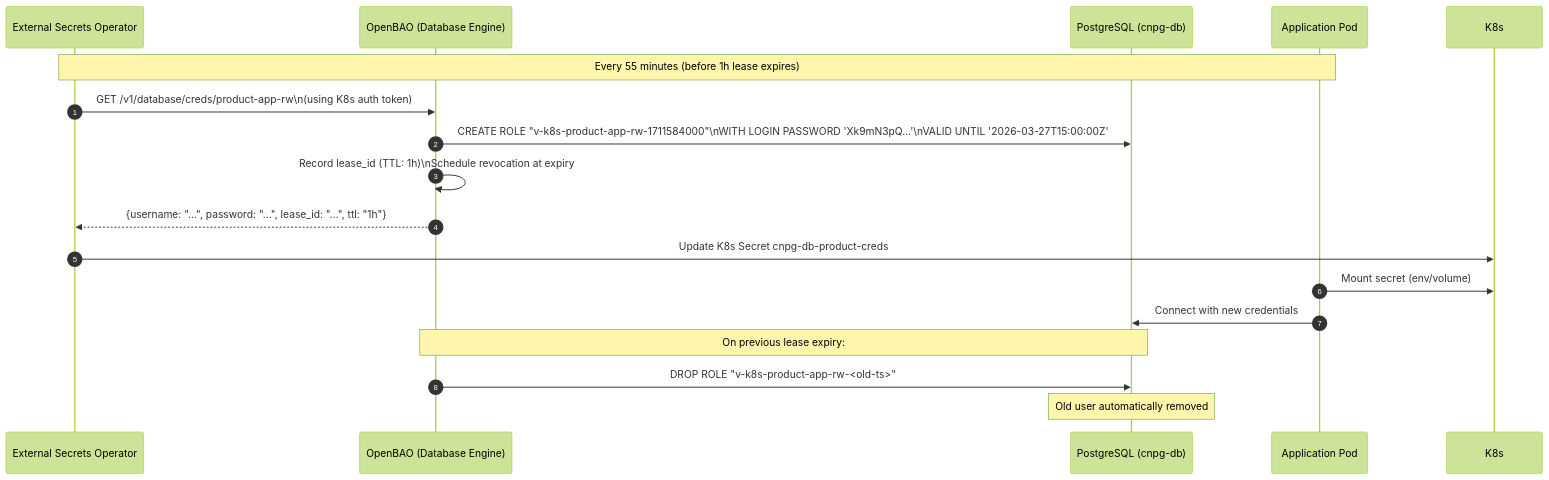
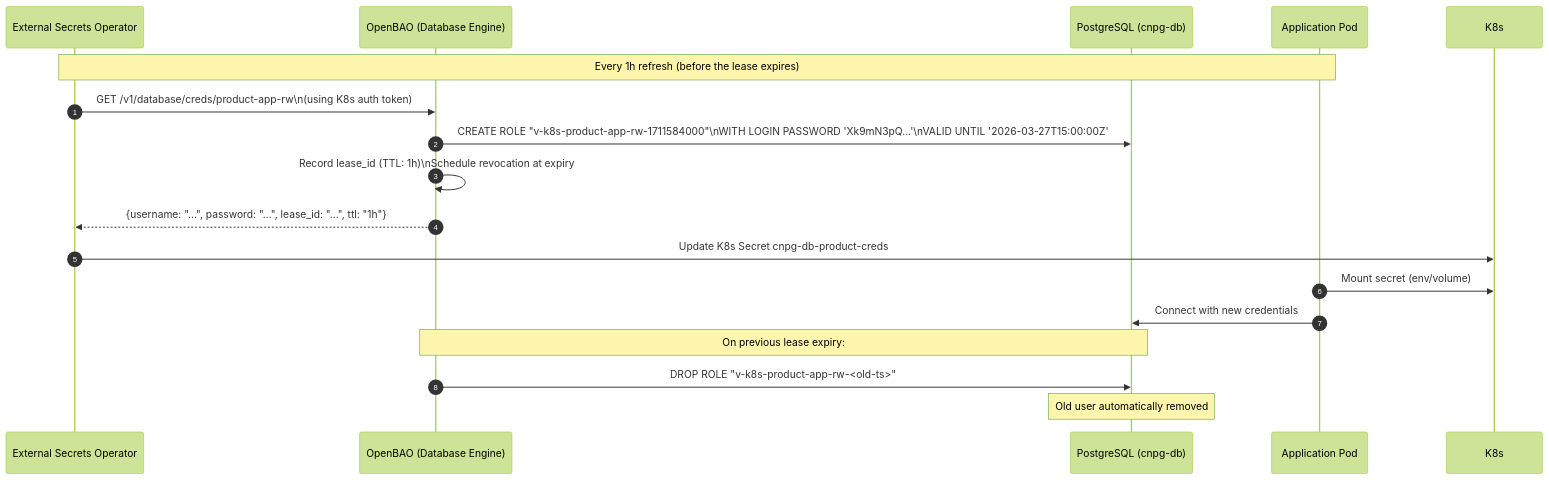
The seventh of 18 diagrams in docs/secrets/README.md (duynhlab/homelab), drawn with Mermaid (forest theme) before and after one commit. The commit also changed other lines of this file and 15 other files, not shown here.

````diff
--- a/docs/secrets/README.md
+++ b/docs/secrets/README.md
@@ -375,22 +375,22 @@
 ```mermaid
 sequenceDiagram
     autonumber
     participant ESO as External Secrets Operator
     participant BAO as OpenBAO (Database Engine)
     participant PG as PostgreSQL (cnpg-db)
     participant App as Application Pod
 
-    note over ESO,App: Every 55 minutes (before 1h lease expires)
+    note over ESO,App: Every 1h refresh (before the lease expires)
 
     ESO->>BAO: GET /v1/database/creds/product-app-rw\n(using K8s auth token)
     BAO->>PG: CREATE ROLE "v-k8s-product-app-rw-1711584000"\nWITH LOGIN PASSWORD 'Xk9mN3pQ...'\nVALID UNTIL '2026-03-27T15:00:00Z'
     BAO->>BAO: Record lease_id (TTL: 1h)\nSchedule revocation at expiry
     BAO-->>ESO: {username: "...", password: "...", lease_id: "...", ttl: "1h"}
     ESO->>K8s: Update K8s Secret cnpg-db-product-creds
     App->>K8s: Mount secret (env/volume)
     App->>PG: Connect with new credentials
 
     note over BAO,PG: On previous lease expiry:
     BAO->>PG: DROP ROLE "v-k8s-product-app-rw-<old-ts>"
     note over PG: Old user automatically removed
 ```
````
